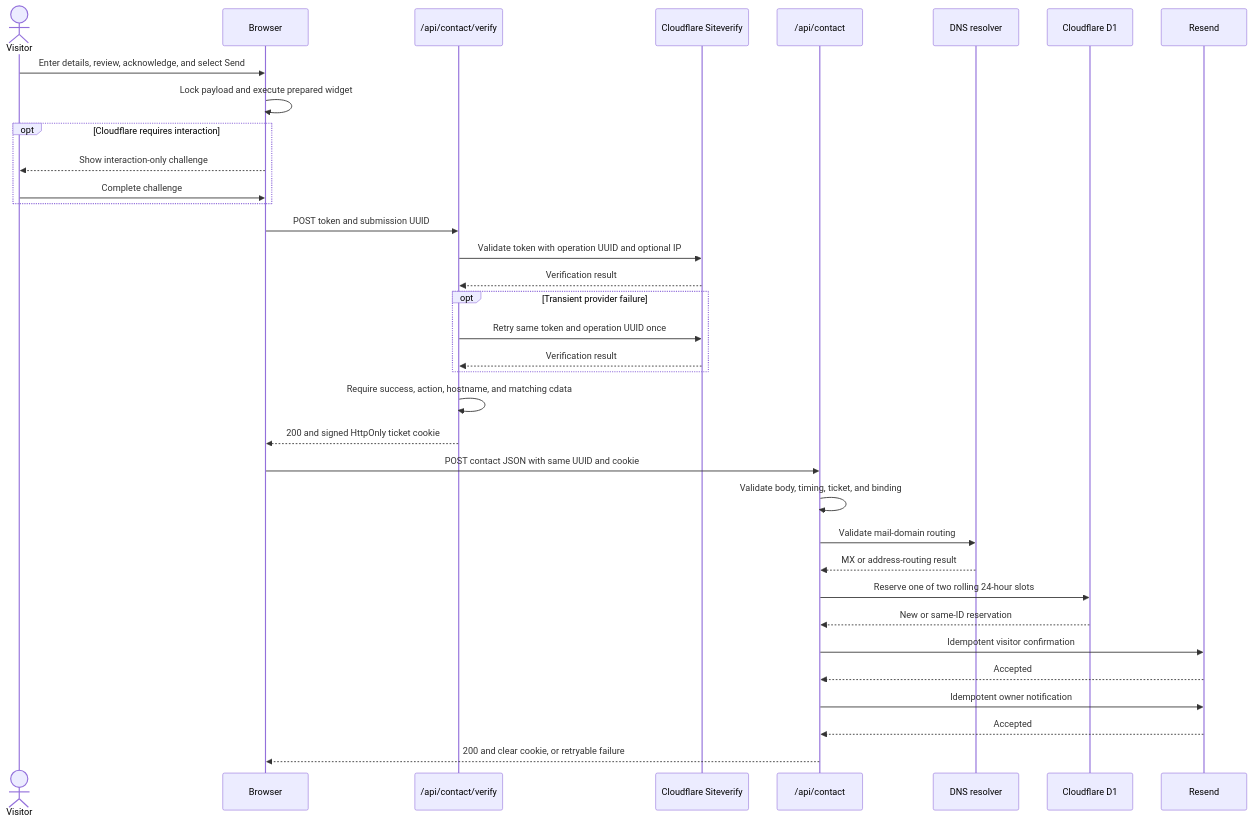
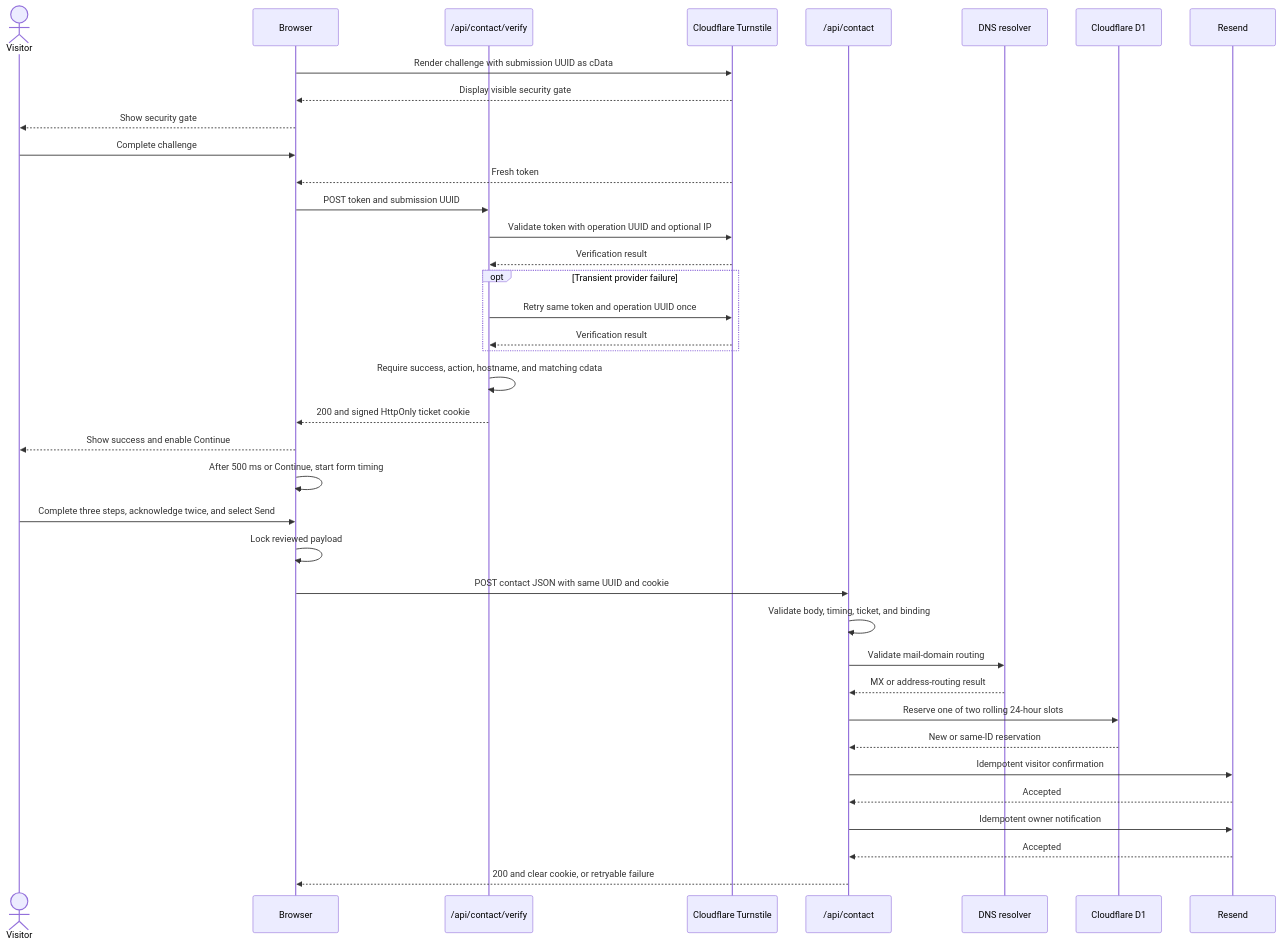
Before and after one commit to nicolasgioanni/Smart-Porfolio: the diagram in docs/CONTACT_SYSTEM.md, drawn with Mermaid. The commit also changed other lines of this file and 30 other files, not shown here.

````diff
--- a/docs/CONTACT_SYSTEM.md
+++ b/docs/CONTACT_SYSTEM.md
@@ -28,38 +28,41 @@
 ```mermaid
 sequenceDiagram
     actor Visitor
     participant Browser
     participant Verify as /api/contact/verify
-    participant Turnstile as Cloudflare Siteverify
+    participant Turnstile as Cloudflare Turnstile
     participant Deliver as /api/contact
     participant DNS as DNS resolver
     participant D1 as Cloudflare D1
     participant Resend
 
-    Visitor->>Browser: Enter details, review, acknowledge, and select Send
-    Browser->>Browser: Lock payload and execute prepared widget
-    opt Cloudflare requires interaction
-        Browser-->>Visitor: Show interaction-only challenge
-        Visitor->>Browser: Complete challenge
-    end
+    Browser->>Turnstile: Render challenge with submission UUID as cData
+    Turnstile-->>Browser: Display visible security gate
+    Browser-->>Visitor: Show security gate
+    Visitor->>Browser: Complete challenge
+    Turnstile-->>Browser: Fresh token
     Browser->>Verify: POST token and submission UUID
     Verify->>Turnstile: Validate token with operation UUID and optional IP
     Turnstile-->>Verify: Verification result
     opt Transient provider failure
         Verify->>Turnstile: Retry same token and operation UUID once
         Turnstile-->>Verify: Verification result
     end
     Verify->>Verify: Require success, action, hostname, and matching cdata
     Verify-->>Browser: 200 and signed HttpOnly ticket cookie
+    Browser-->>Visitor: Show success and enable Continue
+    Browser->>Browser: After 500 ms or Continue, start form timing
+    Visitor->>Browser: Complete three steps, acknowledge twice, and select Send
+    Browser->>Browser: Lock reviewed payload
     Browser->>Deliver: POST contact JSON with same UUID and cookie
     Deliver->>Deliver: Validate body, timing, ticket, and binding
     Deliver->>DNS: Validate mail-domain routing
     DNS-->>Deliver: MX or address-routing result
     Deliver->>D1: Reserve one of two rolling 24-hour slots
     D1-->>Deliver: New or same-ID reservation
     Deliver->>Resend: Idempotent visitor confirmation
     Resend-->>Deliver: Accepted
     Deliver->>Resend: Idempotent owner notification
     Resend-->>Deliver: Accepted
     Deliver-->>Browser: 200 and clear cookie, or retryable failure
 ```
````
